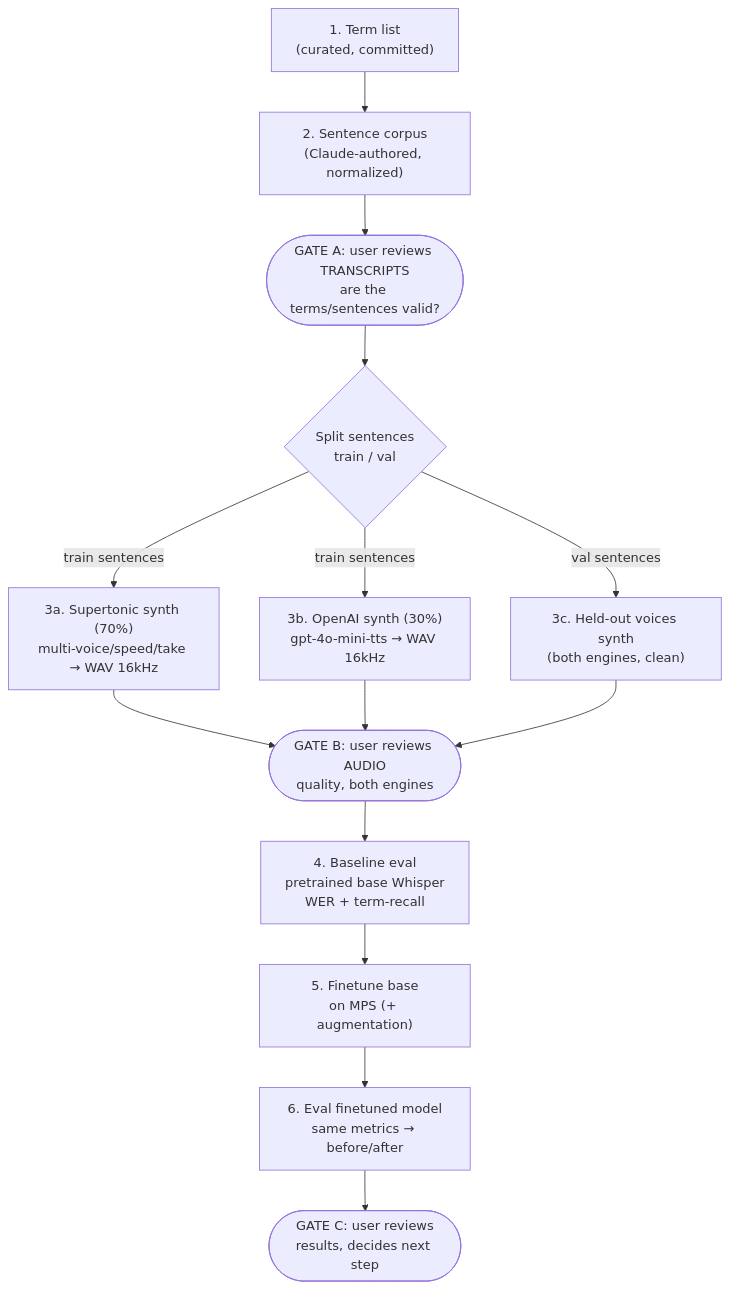
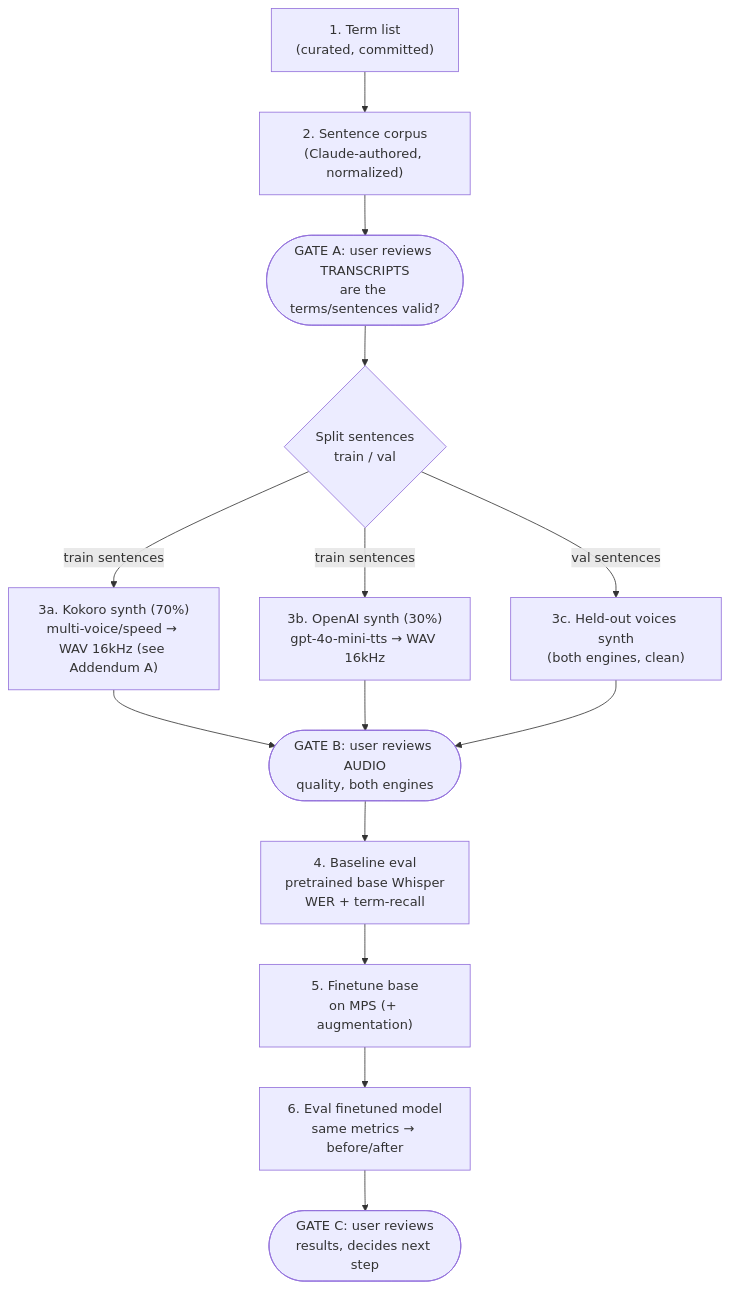
One commit to RyanNg1403/finetune-whisper changed the diagram in docs/superpowers/specs/2026-06-15-whisper-domain-finetune-design.md. Above: the diagram before and after it, drawn with Mermaid. The commit also changed other lines of this file, not shown here.

Commit message:
docs: update spec for Supertonic->Kokoro migration (Addendum A)

````diff
--- a/docs/superpowers/specs/2026-06-15-whisper-domain-finetune-design.md
+++ b/docs/superpowers/specs/2026-06-15-whisper-domain-finetune-design.md
@@ -19,16 +26,16 @@
 ```mermaid
 flowchart TD
     A["1. Term list<br/>(curated, committed)"] --> B["2. Sentence corpus<br/>(Claude-authored, normalized)"]
     B --> GA(["GATE A: user reviews TRANSCRIPTS<br/>are the terms/sentences valid?"])
     GA --> C{"Split sentences<br/>train / val"}
-    C -->|train sentences| D["3a. Supertonic synth (70%)<br/>multi-voice/speed/take → WAV 16kHz"]
+    C -->|train sentences| D["3a. Kokoro synth (70%)<br/>multi-voice/speed → WAV 16kHz (see Addendum A)"]
     C -->|train sentences| F["3b. OpenAI synth (30%)<br/>gpt-4o-mini-tts → WAV 16kHz"]
     C -->|val sentences| E["3c. Held-out voices synth<br/>(both engines, clean)"]
     D --> GB(["GATE B: user reviews AUDIO<br/>quality, both engines"])
     F --> GB
     E --> GB
     GB --> H["4. Baseline eval<br/>pretrained base Whisper<br/>WER + term-recall"]
     H --> I["5. Finetune base<br/>on MPS (+ augmentation)"]
     I --> J["6. Eval finetuned model<br/>same metrics → before/after"]
     J --> GC(["GATE C: user reviews<br/>results, decides next step"])
 ```
````
